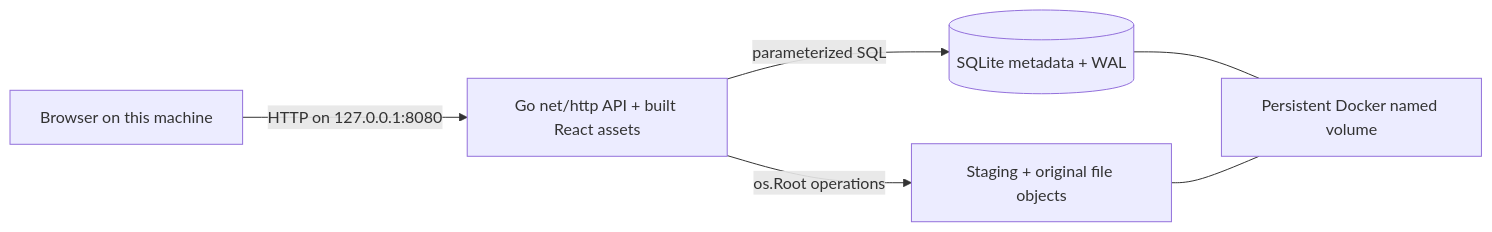
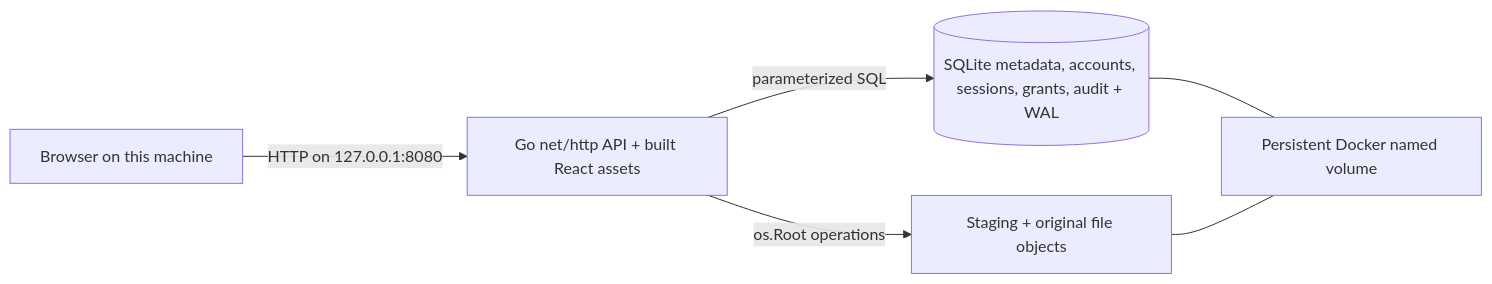
One commit to pinkhit/vault changed the diagram in docs/architecture.md. Above: the diagram before and after it, drawn with Mermaid. The commit also changed other lines of this file and 42 other files, not shown here.

````diff
--- a/docs/architecture.md
+++ b/docs/architecture.md
@@ -5,8 +5,8 @@
 ```mermaid
 flowchart LR
     B[Browser on this machine] -->|HTTP on 127.0.0.1:8080| G[Go net/http API + built React assets]
-    G -->|parameterized SQL| D[(SQLite metadata + WAL)]
+    G -->|parameterized SQL| D[(SQLite metadata, accounts, sessions, grants, audit + WAL)]
     G -->|os.Root operations| S[Staging + original file objects]
     D --- V[Persistent Docker named volume]
     S --- V
 ```
````
